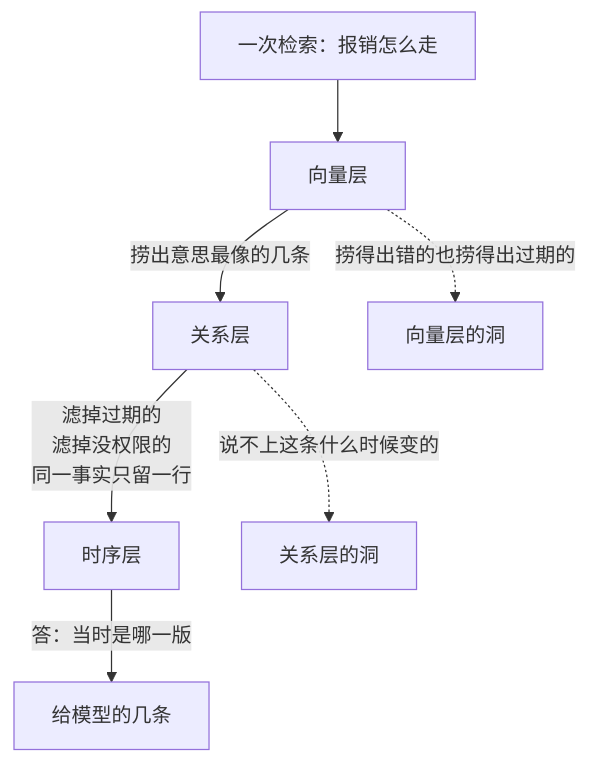
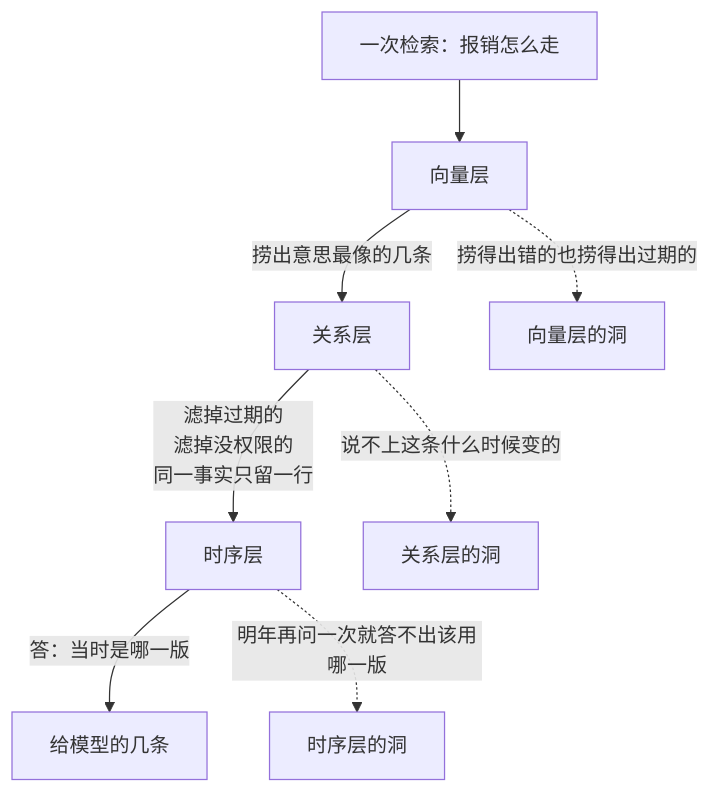
Before and after one commit to Laughingtt/agentkit: the second of 3 diagrams in part-5-agent功能实现/ch24-记忆与规划.md, drawn with Mermaid. The commit also changed other lines of this file and 2 other files, not shown here.

First line of the commit message:
Ch23-25: ReAct 引成了 Ch13（实为 Ch12）；23.8 的图是左右向却写成上下；24.4 说三个洞图上只画两个；24.2 说 Q1 被丢但代码保它；25 导览图橙色是四块

````diff
--- a/part-5-agent功能实现/ch24-记忆与规划.md
+++ b/part-5-agent功能实现/ch24-记忆与规划.md
@@ -135,9 +135,10 @@
 ```mermaid
 graph TD
     Q["一次检索：报销怎么走"] --> V["向量层"]
     V -->|"捞出意思最像的几条"| R["关系层"]
     R -->|"滤掉过期的<br/>滤掉没权限的<br/>同一事实只留一行"| T["时序层"]
     T -->|"答：当时是哪一版"| A["给模型的几条"]
     V -.捞得出错的也捞得出过期的.-> X1["向量层的洞"]
     R -.说不上这条什么时候变的.-> X2["关系层的洞"]
+    T -.明年再问一次就答不出该用哪一版.-> X3["时序层的洞"]
 ```
````
